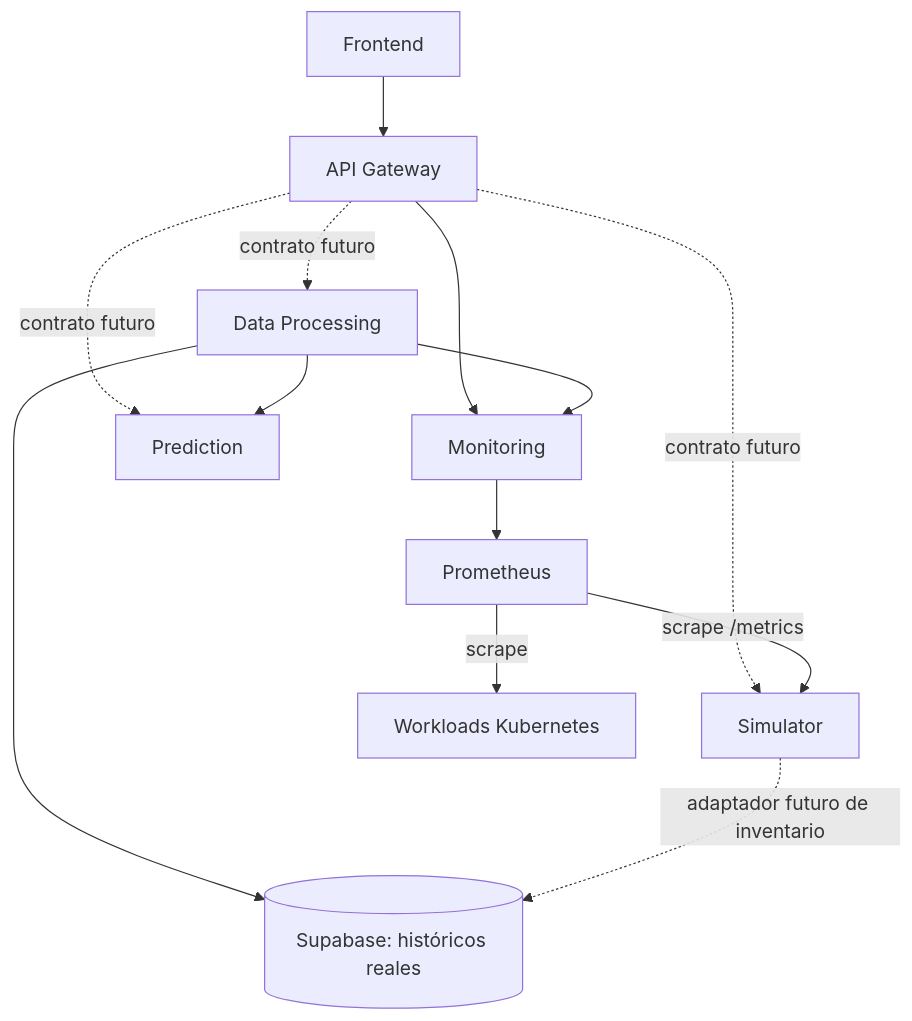
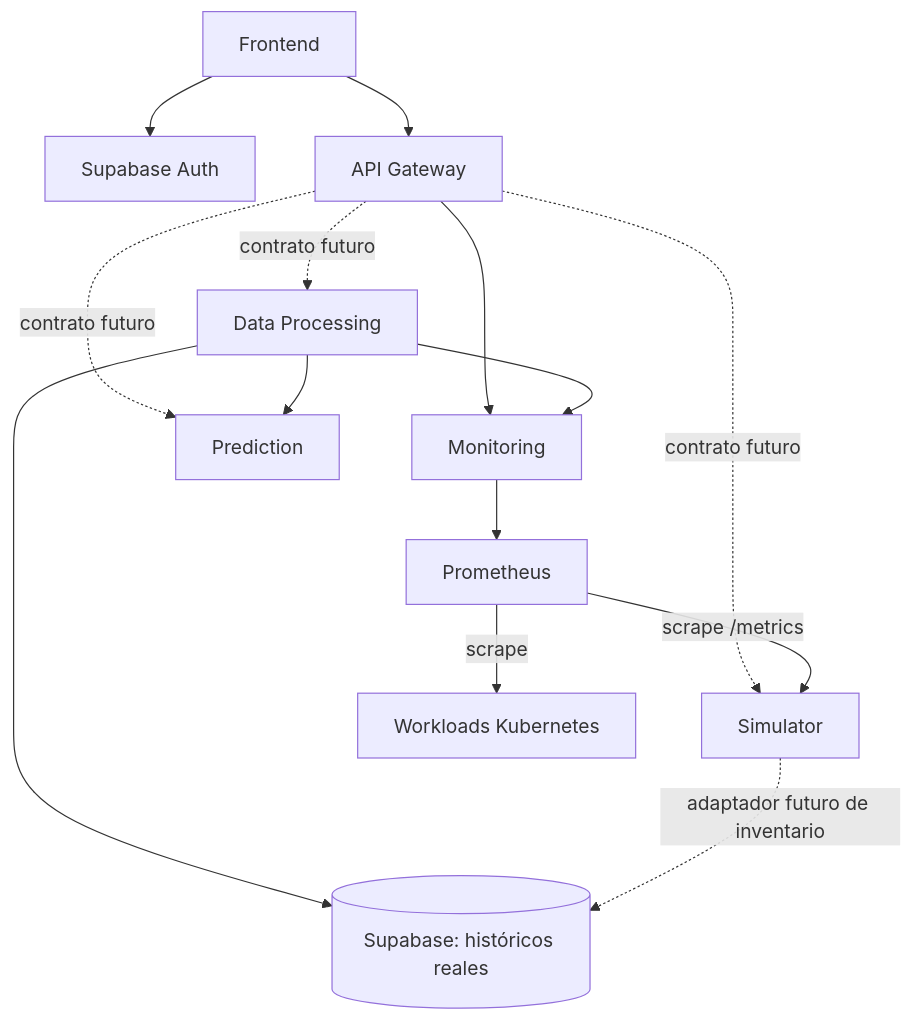
One commit to woshtsu/green-ai-project-docs changed the diagram in ENSAMBLAJE-MICROSERVICIOS.md. Above: the diagram before and after it, drawn with Mermaid. The commit also changed other lines of this file and 2 other files, not shown here.

````diff
--- a/ENSAMBLAJE-MICROSERVICIOS.md
+++ b/ENSAMBLAJE-MICROSERVICIOS.md
@@ -7,15 +7,16 @@
 ```mermaid
 flowchart TD
-    FE[Frontend] --> GW[API Gateway]
+    FE[Frontend] --> AUTH[Supabase Auth]
+    FE --> GW[API Gateway]
     GW --> MON[Monitoring]
     GW -. contrato futuro .-> DP[Data Processing]
     GW -. contrato futuro .-> SIM[Simulator]
     GW -. contrato futuro .-> PRED[Prediction]
     DP --> MON
     DP --> SB[(Supabase: históricos reales)]
     DP --> PRED
     SIM -. adaptador futuro de inventario .-> SB
     MON --> PROM[Prometheus]
     PROM -->|scrape /metrics| SIM
     PROM -->|scrape| WK[Workloads Kubernetes]
 ```
````
